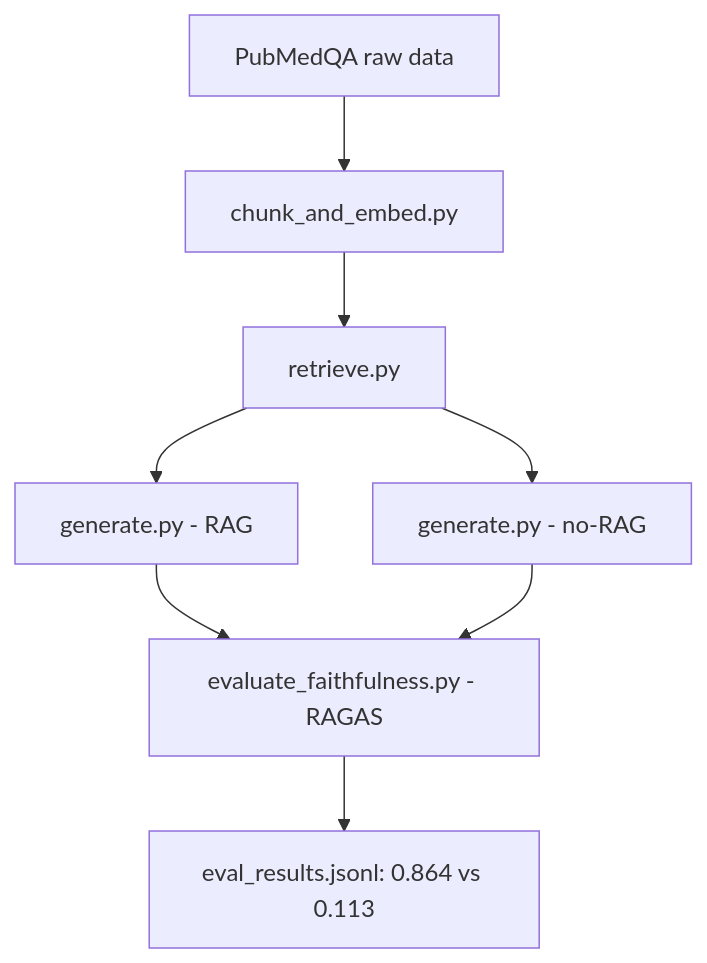
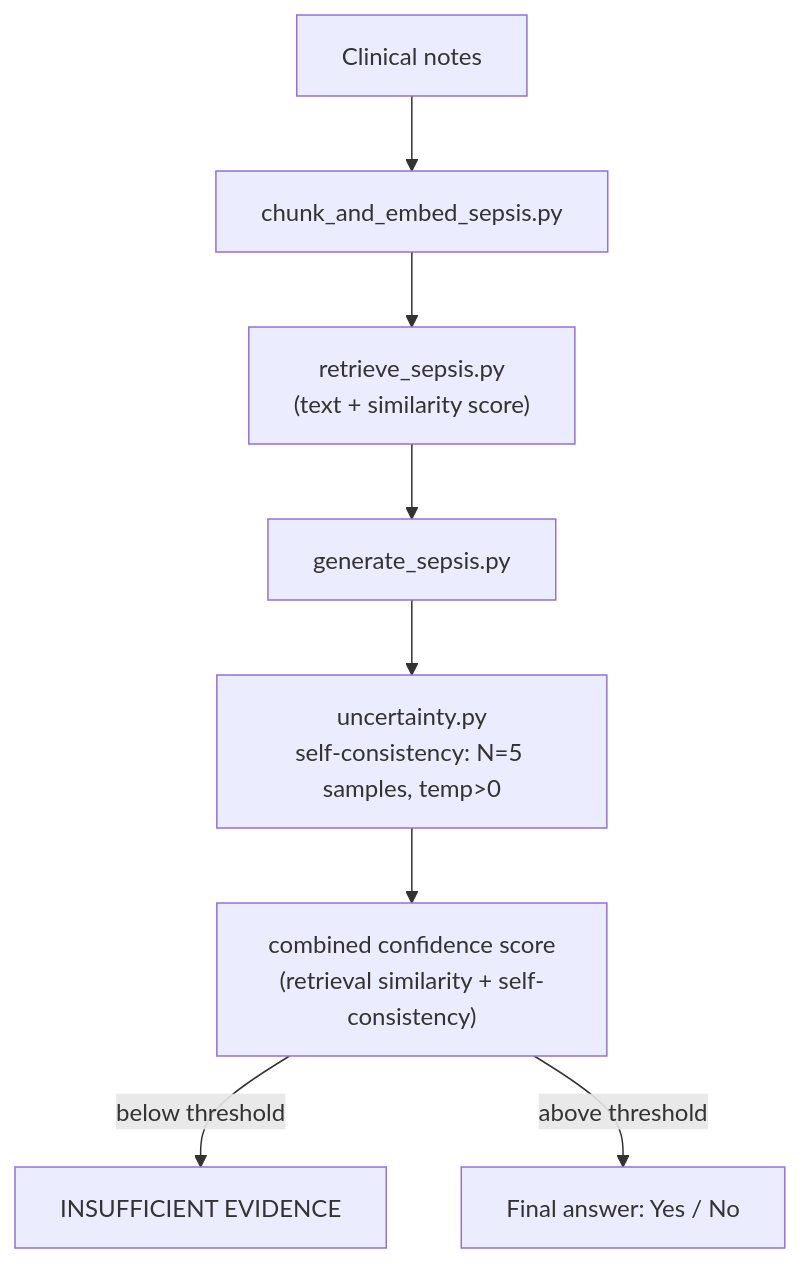
The diagram in README.md (tpham45/MedGrounded), drawn with Mermaid before and after one commit. The commit also changed other lines of this file and 23 other files, not shown here.

Commit message:
Extend MedGrounded with uncertainty-aware RAG for SEP-1 sepsis compliance

````diff
--- a/README.md
+++ b/README.md
@@ -15,10 +17,10 @@
 ```mermaid
 flowchart TD
-    A[PubMedQA raw data] --> B[chunk_and_embed.py]
-    B --> C[retrieve.py]
-    C --> D1[generate.py - RAG]
-    C --> D2[generate.py - no-RAG]
-    D1 --> E[evaluate_faithfulness.py - RAGAS]
-    D2 --> E
-    E --> F[eval_results.jsonl: 0.864 vs 0.113]
+    A[Clinical notes] --> B[chunk_and_embed_sepsis.py]
+    B --> C["retrieve_sepsis.py<br/>(text + similarity score)"]
+    C --> D[generate_sepsis.py]
+    D --> E["uncertainty.py<br/>self-consistency: N=5 samples, temp&gt;0"]
+    E --> F["combined confidence score<br/>(retrieval similarity + self-consistency)"]
+    F -->|"below threshold"| G[INSUFFICIENT EVIDENCE]
+    F -->|"above threshold"| H[Final answer: Yes / No]
 ```
````
